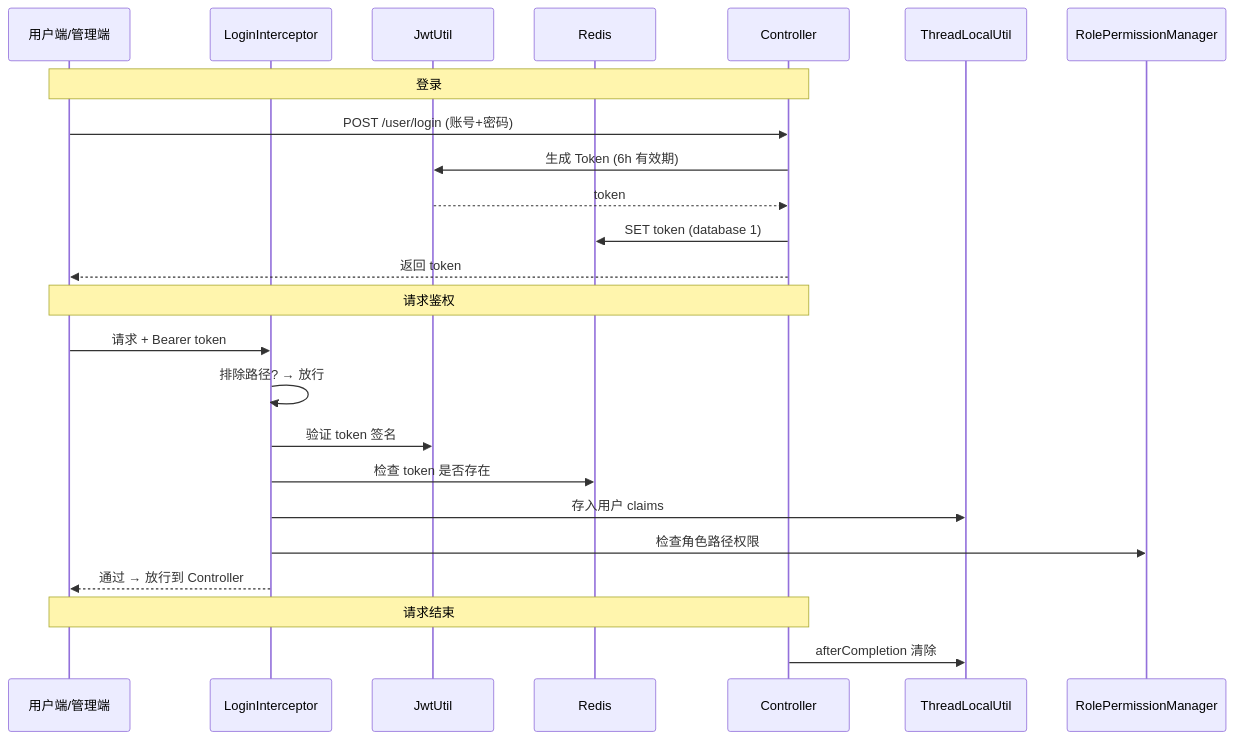
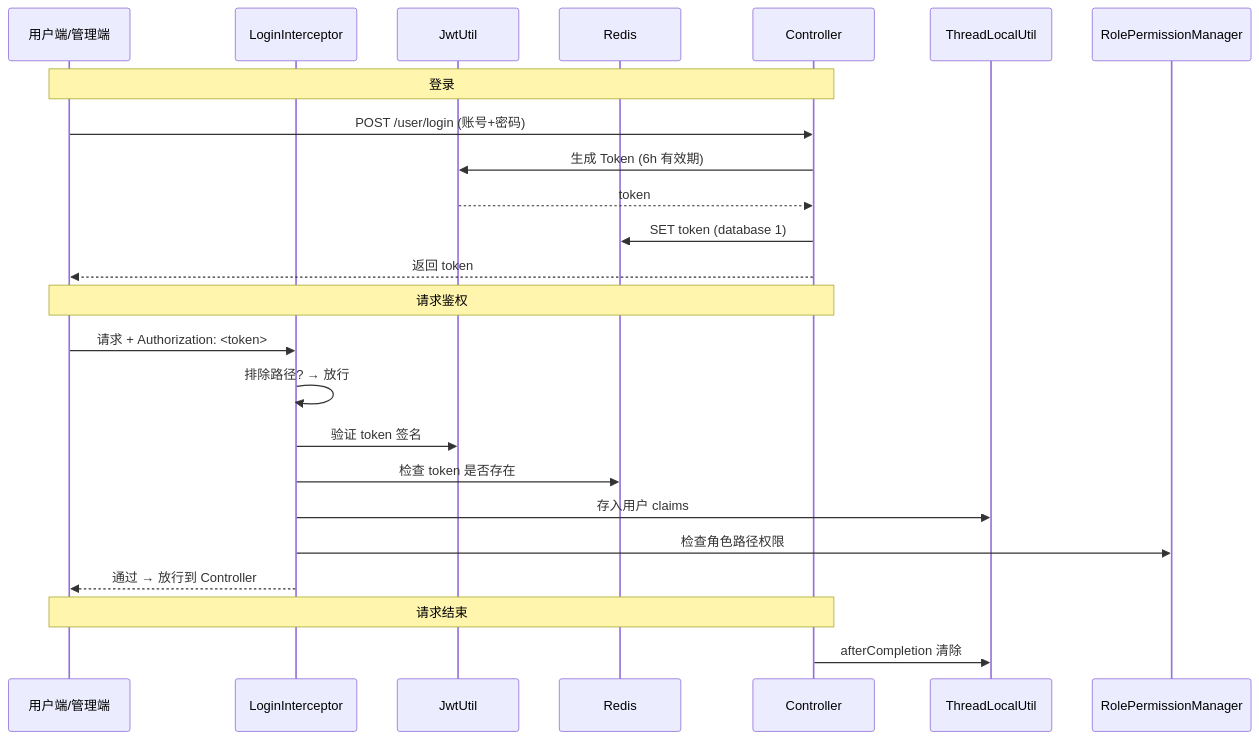
One commit to jakehatelov333/music changed the second of 6 diagrams in README.md. Above: the diagram before and after it, drawn with Mermaid. The commit also changed other lines of this file, not shown here.

````diff
--- a/README.md
+++ b/README.md
@@ -96,27 +116,27 @@
 ```mermaid
 sequenceDiagram
     participant Client as 用户端/管理端
     participant Interceptor as LoginInterceptor
     participant JWT as JwtUtil
     participant Redis as Redis
     participant Controller as Controller
 
     Note over Client,Controller: 登录
     Client->>Controller: POST /user/login (账号+密码)
     Controller->>JWT: 生成 Token (6h 有效期)
     JWT-->>Controller: token
     Controller->>Redis: SET token (database 1)
     Controller-->>Client: 返回 token
 
     Note over Client,Controller: 请求鉴权
-    Client->>Interceptor: 请求 + Bearer token
+    Client->>Interceptor: 请求 + Authorization: <token>
     Interceptor->>Interceptor: 排除路径? → 放行
     Interceptor->>JWT: 验证 token 签名
     Interceptor->>Redis: 检查 token 是否存在
     Interceptor->>ThreadLocalUtil: 存入用户 claims
     Interceptor->>RolePermissionManager: 检查角色路径权限
     Interceptor-->>Client: 通过 → 放行到 Controller
 
     Note over Client,Controller: 请求结束
     Controller->>ThreadLocalUtil: afterCompletion 清除
 ```
````
